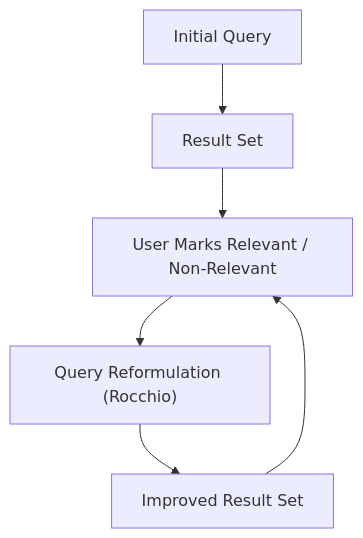
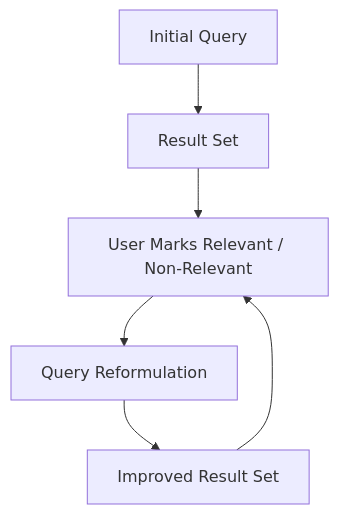
Before and after one commit to qarq90/ominous-obsidian: the second of 5 diagrams in SEM 7/IRS/IRS IA 2 AB.md, drawn with Mermaid. The commit also changed other lines of this file and 28 other files, not shown here.

````diff
--- a/SEM 7/IRS/IRS IA 2 AB.md
+++ b/SEM 7/IRS/IRS IA 2 AB.md
@@ -221,8 +224,8 @@
 ```mermaid
 graph TD
     A["Initial Query"] --> B["Result Set"]
     B --> C["User Marks Relevant / Non-Relevant"]
-    C --> D["Query Reformulation (Rocchio)"]
+    C --> D["Query Reformulation"]
     D --> E["Improved Result Set"]
     E --> C
 ```
````
